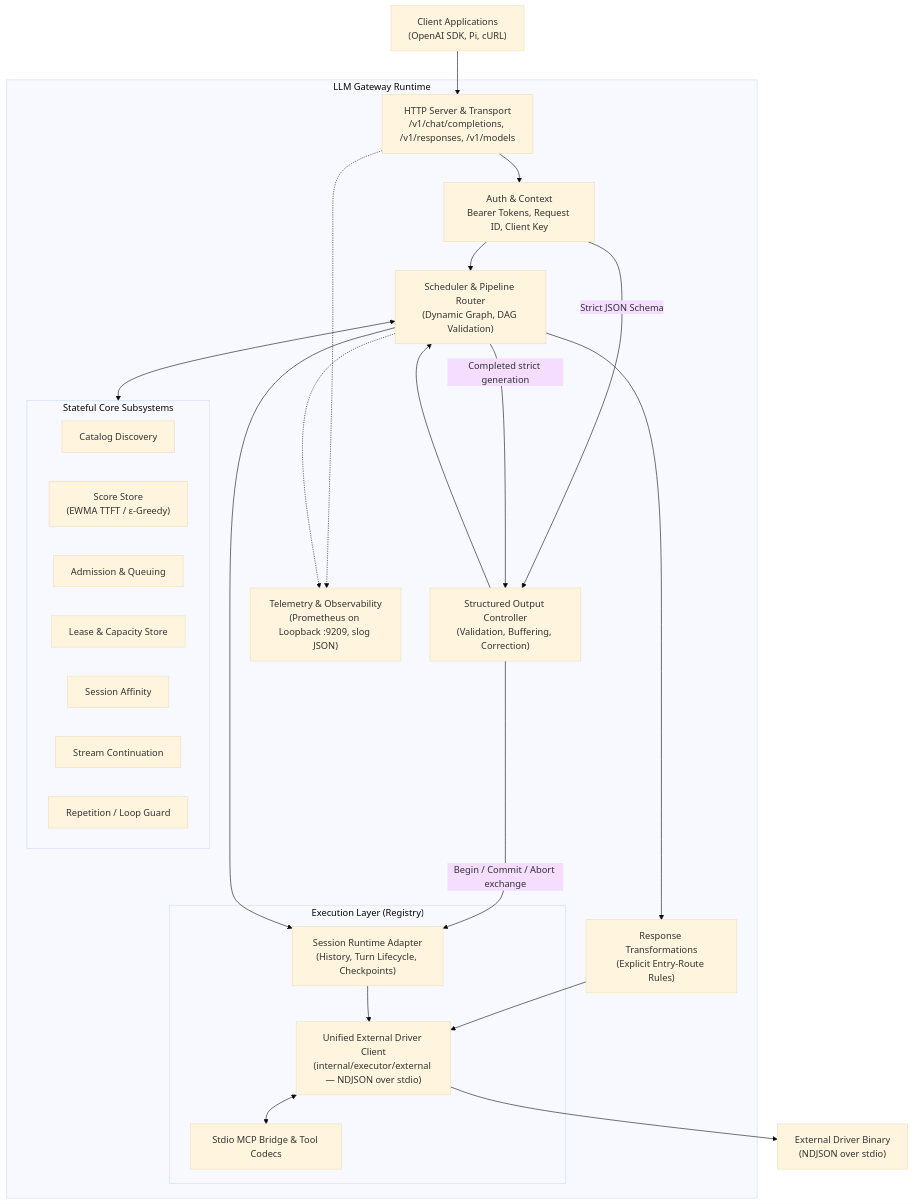
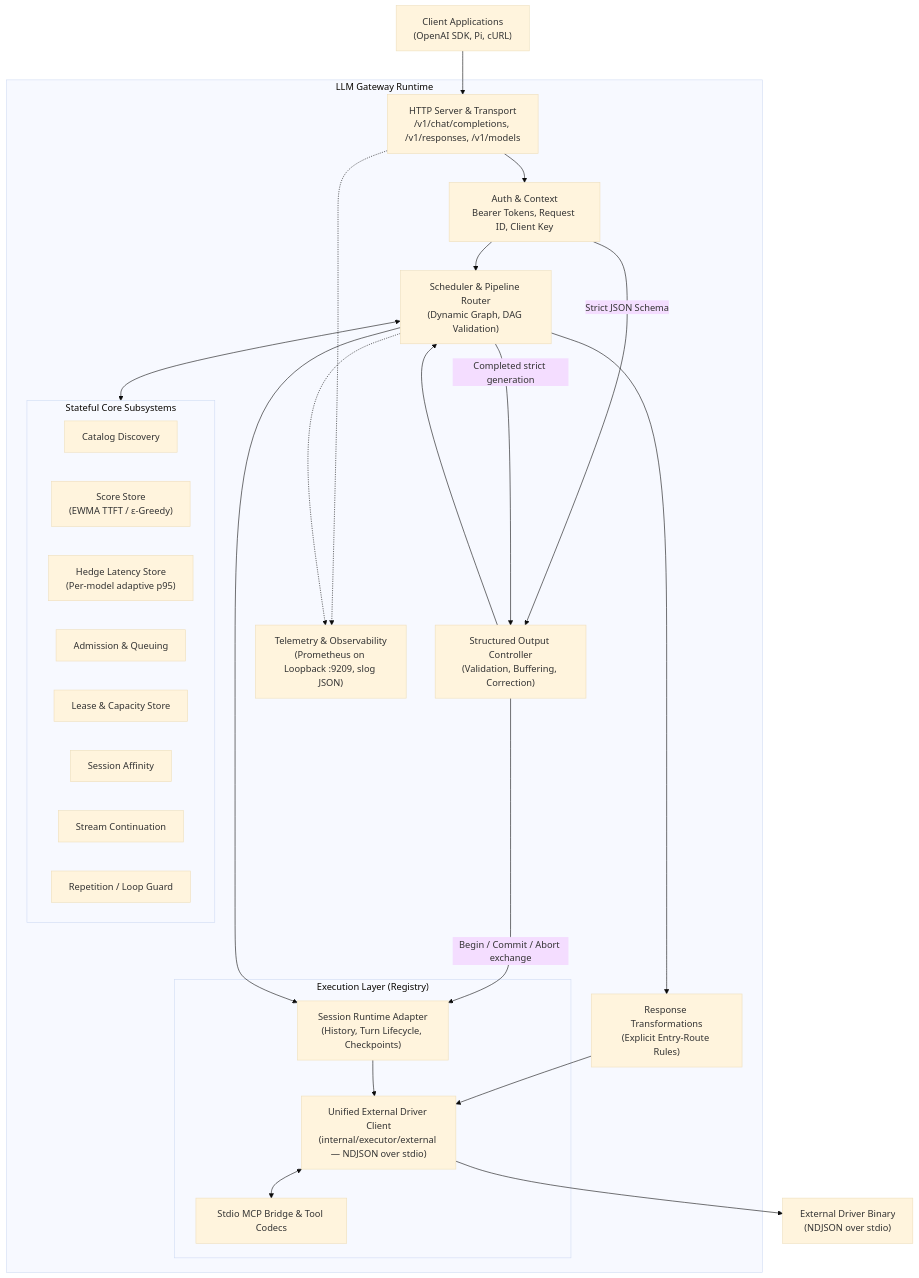
One commit to mytecor/llm-gateway changed the first of 4 diagrams in ARCHITECTURE.md. Above: the diagram before and after it, drawn with Mermaid (base theme). The commit also changed other lines of this file and 21 other files, not shown here.

First line of the commit message:
feat(scheduler): learn adaptive p95 hedge thresholds

````diff
--- a/ARCHITECTURE.md
+++ b/ARCHITECTURE.md
@@ -11,52 +11,53 @@
 ```mermaid
 flowchart TD
     Client["Client Applications<br/>(OpenAI SDK, Pi, cURL)"]
     
     subgraph Gateway["LLM Gateway Runtime"]
         Server["HTTP Server & Transport<br/>/v1/chat/completions, /v1/responses, /v1/models"]
         Auth["Auth & Context<br/>Bearer Tokens, Request ID, Client Key"]
         
         Structured["Structured Output Controller<br/>(Validation, Buffering, Correction)"]
         Transform["Response Transformations<br/>(Explicit Entry-Route Rules)"]
         Scheduler["Scheduler & Pipeline Router<br/>(Dynamic Graph, DAG Validation)"]
         
         subgraph Subsystems["Stateful Core Subsystems"]
             Catalog["Catalog Discovery"]
             ScoreStore["Score Store<br/>(EWMA TTFT / ε-Greedy)"]
+            HedgeLatency["Hedge Latency Store<br/>(Per-model adaptive p95)"]
             Admission["Admission & Queuing"]
             Lease["Lease & Capacity Store"]
             Affinity["Session Affinity"]
             Continue["Stream Continuation"]
             Repetition["Repetition / Loop Guard"]
         end
 
         subgraph Executors["Execution Layer (Registry)"]
             SessionExec["Session Runtime Adapter<br/>(History, Turn Lifecycle, Checkpoints)"]
             ExternalDriver["Unified External Driver Client<br/>(internal/executor/external — NDJSON over stdio)"]
             MCPSystem["Stdio MCP Bridge & Tool Codecs"]
         end
         
         Telemetry["Telemetry & Observability<br/>(Prometheus on Loopback :9209, slog JSON)"]
     end
 
     Driver["External Driver Binary<br/>(NDJSON over stdio)"]
 
     Client --> Server
     Server --> Auth
     Auth --> Scheduler
     Auth -->|Strict JSON Schema| Structured
     Structured --> Scheduler
     Scheduler -->|Completed strict generation| Structured
     Structured -->|Begin / Commit / Abort exchange| SessionExec
     Scheduler <--> Subsystems
     Scheduler --> Transform
     Transform --> ExternalDriver
     Scheduler --> SessionExec
     
     SessionExec --> ExternalDriver
     ExternalDriver <--> MCPSystem
     ExternalDriver --> Driver
     
     Server -.-> Telemetry
     Scheduler -.-> Telemetry
 ```
````
